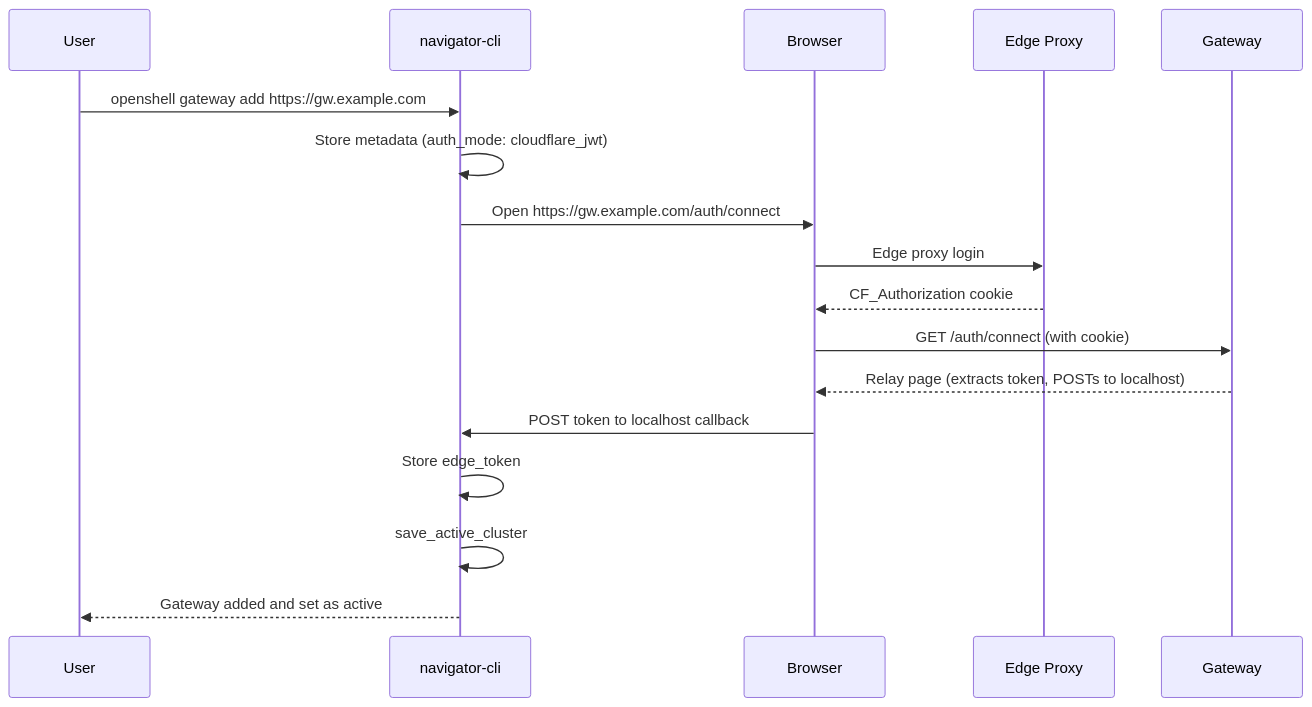
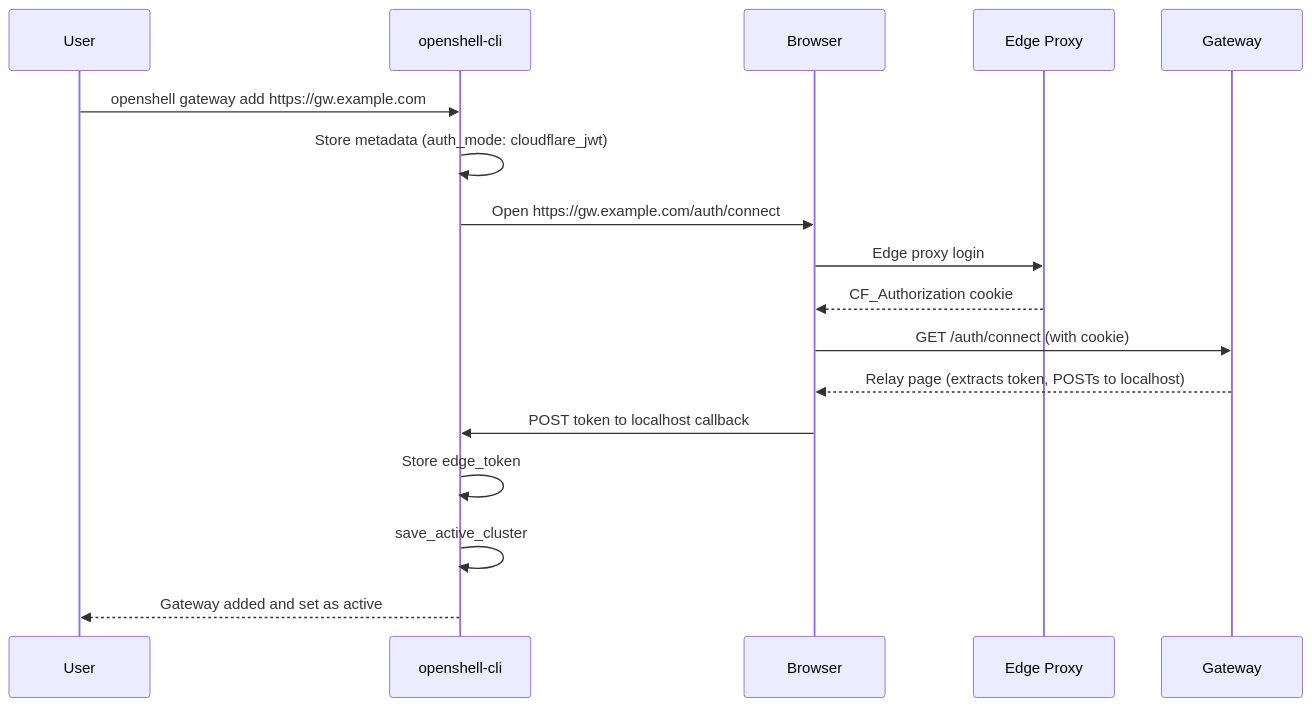
One commit to NVIDIA/OpenShell changed the third of 3 diagrams in architecture/gateway-deploy-connect.md. Above: the diagram before and after it, drawn with Mermaid. The commit also changed other lines of this file and 283 other files, not shown here.

First line of the commit message:
refactor: rename navigator- crate prefix to openshell-

````diff
--- a/architecture/gateway-deploy-connect.md
+++ b/architecture/gateway-deploy-connect.md
@@ -113,20 +113,20 @@
 ```mermaid
 sequenceDiagram
     participant U as User
-    participant CLI as navigator-cli
+    participant CLI as openshell-cli
     participant Browser as Browser
     participant Edge as Edge Proxy
     participant GW as Gateway
 
     U->>CLI: openshell gateway add https://gw.example.com
     CLI->>CLI: Store metadata (auth_mode: cloudflare_jwt)
     CLI->>Browser: Open https://gw.example.com/auth/connect
     Browser->>Edge: Edge proxy login
     Edge-->>Browser: CF_Authorization cookie
     Browser->>GW: GET /auth/connect (with cookie)
     GW-->>Browser: Relay page (extracts token, POSTs to localhost)
     Browser->>CLI: POST token to localhost callback
     CLI->>CLI: Store edge_token
     CLI->>CLI: save_active_cluster
     CLI-->>U: Gateway added and set as active
 ```
````
